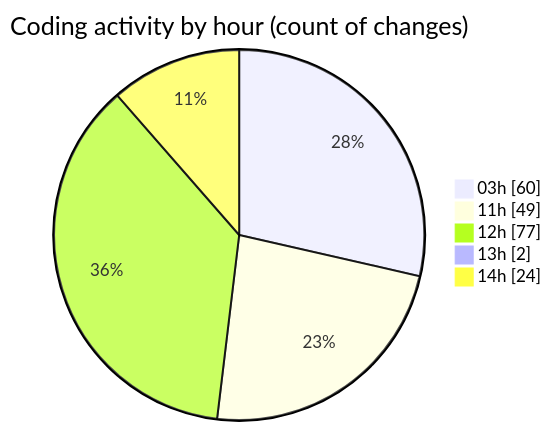
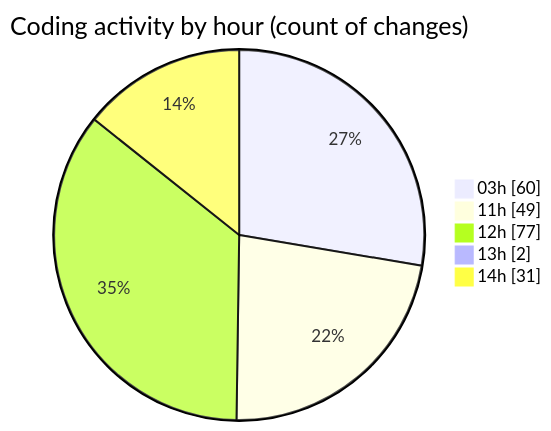
Before and after one commit to Ritupan-Deka/code-tracking: the second of 2 diagrams in 2025-07-02/mern-thinkboard/README.md, drawn with Mermaid. The commit also changed other lines of this file and 1 other file, not shown here.

````diff
--- a/2025-07-02/mern-thinkboard/README.md
+++ b/2025-07-02/mern-thinkboard/README.md
@@ -38,9 +38,9 @@
 ```mermaid
 pie showData
 title Coding activity by hour (count of changes)
 "03h" : 60
 "11h" : 49
 "12h" : 77
 "13h" : 2
-"14h" : 24
+"14h" : 31
 ```
````
